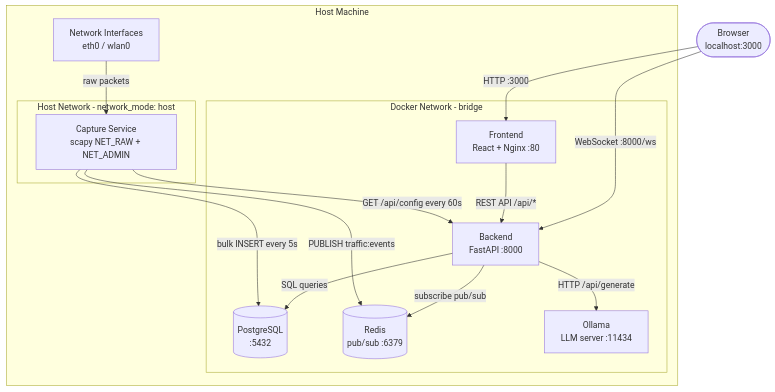
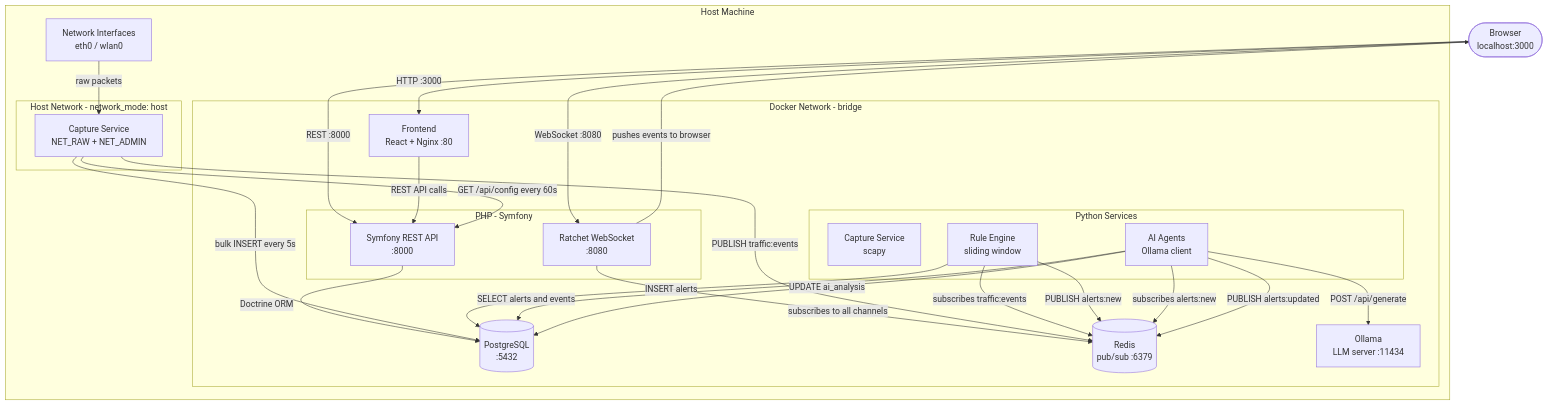
Before and after one commit to David3761/SIEM-Tool: the diagram in docs/diagrams/architecture.md, drawn with Mermaid. The commit also changed other lines of this file and 17 other files, not shown here.

````diff
--- a/docs/diagrams/architecture.md
+++ b/docs/diagrams/architecture.md
@@ -5,33 +5,57 @@
 ```mermaid
 flowchart TB
     Browser(["Browser\nlocalhost:3000"])
 
     subgraph HOST["Host Machine"]
         NIF["Network Interfaces\neth0 / wlan0"]
 
         subgraph DOCKER["Docker Network - bridge"]
             FE["Frontend\nReact + Nginx :80"]
-            BE["Backend\nFastAPI :8000"]
+
+            subgraph PHP["PHP - Symfony"]
+                BE["Symfony REST API\n:8000"]
+                WS["Ratchet WebSocket\n:8080"]
+            end
+
+            subgraph PY["Python Services"]
+                CAP["Capture Service\nscapy"]
+                RUL["Rule Engine\nsliding window"]
+                AGT["AI Agents\nOllama client"]
+            end
+
             PG[("PostgreSQL\n:5432")]
             RD[("Redis\npub/sub :6379")]
             OL["Ollama\nLLM server :11434"]
         end
 
         subgraph HOST_NET["Host Network - network_mode: host"]
-            CAP["Capture Service\nscapy NET_RAW + NET_ADMIN"]
+            CAP2["Capture Service\nNET_RAW + NET_ADMIN"]
         end
     end
 
     Browser -->|"HTTP :3000"| FE
-    Browser -->|"WebSocket :8000/ws"| BE
-    FE -->|"REST API /api/*"| BE
+    Browser -->|"REST :8000"| BE
+    Browser -->|"WebSocket :8080"| WS
 
-    BE -->|"SQL queries"| PG
-    BE -->|"subscribe pub/sub"| RD
-    BE -->|"HTTP /api/generate"| OL
+    FE -->|"REST API calls"| BE
+    WS -->|"subscribes to all channels"| RD
+    WS -->|"pushes events to browser"| Browser
 
-    CAP -->|"PUBLISH traffic:events"| RD
-    CAP -->|"bulk INSERT every 5s"| PG
-    CAP -->|"GET /api/config every 60s"| BE
-    NIF -->|"raw packets"| CAP
+    BE -->|"Doctrine ORM"| PG
+
+    CAP2 -->|"PUBLISH traffic:events"| RD
+    CAP2 -->|"bulk INSERT every 5s"| PG
+    CAP2 -->|"GET /api/config every 60s"| BE
+
+    RUL -->|"subscribes traffic:events"| RD
+    RUL -->|"INSERT alerts"| PG
+    RUL -->|"PUBLISH alerts:new"| RD
+
+    AGT -->|"subscribes alerts:new"| RD
+    AGT -->|"SELECT alerts and events"| PG
+    AGT -->|"UPDATE ai_analysis"| PG
+    AGT -->|"PUBLISH alerts:updated"| RD
+    AGT -->|"POST /api/generate"| OL
+
+    NIF -->|"raw packets"| CAP2
 ```
````
